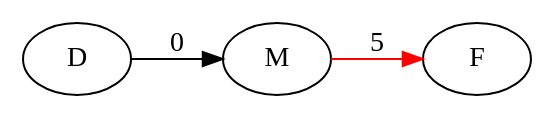
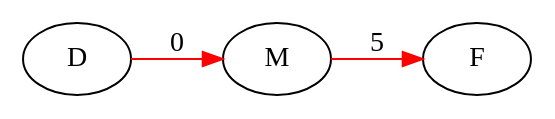
Before and after one commit to Malik-Hacini/Projet-Graphes: the diagram in Analyses/Historique_template/Compte_Rendu_Execution_1/Compte_Rendu_Execution_1-dot2tex-fig1.dot, drawn with Graphviz. The commit also changed 29 other files, not shown here.

```diff
--- a/Analyses/Historique_template/Compte_Rendu_Execution_1/Compte_Rendu_Execution_1-dot2tex-fig1.dot
+++ b/Analyses/Historique_template/Compte_Rendu_Execution_1/Compte_Rendu_Execution_1-dot2tex-fig1.dot
@@ -1,6 +1,6 @@
 
     digraph G{
    rankdir=LR
-   D -> M [label="0"];
+   D -> M [label="0" color="red"];
    M -> F [label="5" color="red"];
    }
```
